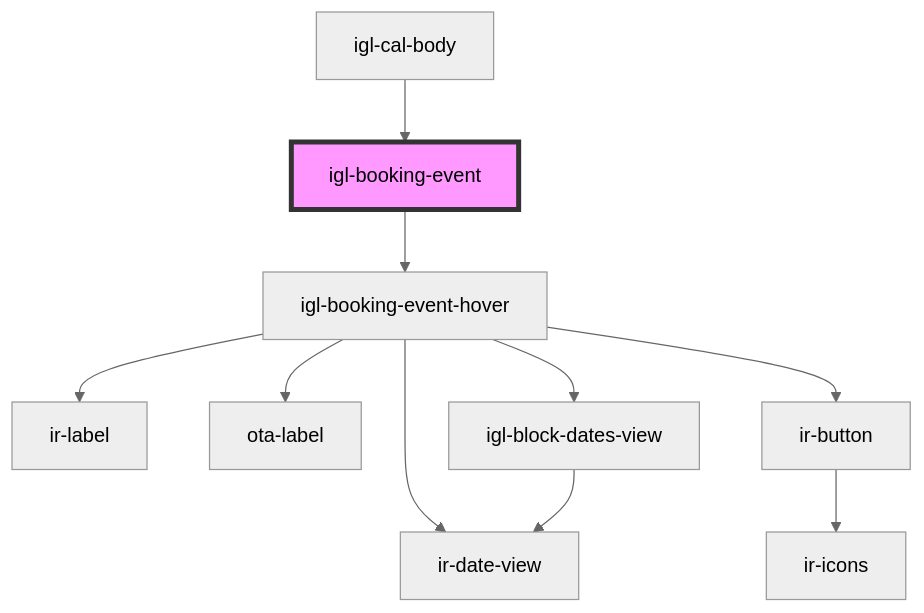
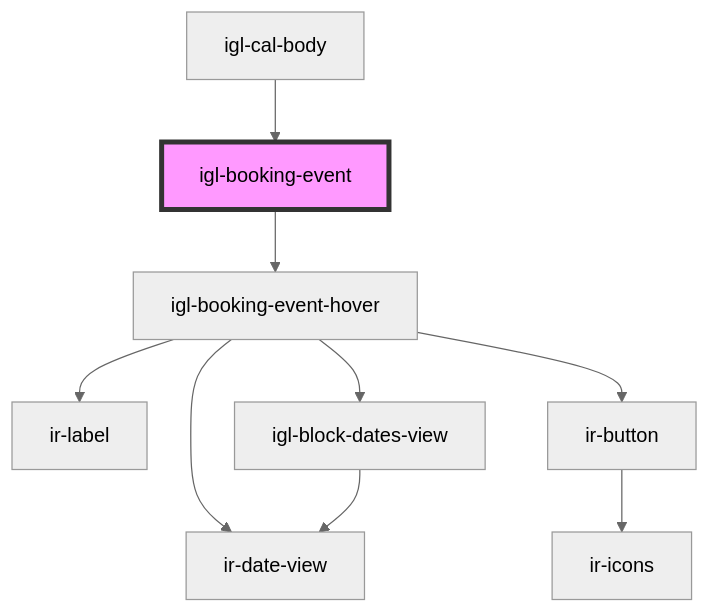
The diagram in src/components/igloo-calendar/igl-booking-event/readme.md (David1Chowaifaty/modified-ir-webcmp), drawn with Mermaid (neutral theme) before and after one commit. The commit also changed 46 other files, not shown here.

````diff
--- a/src/components/igloo-calendar/igl-booking-event/readme.md
+++ b/src/components/igloo-calendar/igl-booking-event/readme.md
@@ -45,13 +45,12 @@
 ```mermaid
 graph TD;
   igl-booking-event --> igl-booking-event-hover
   igl-booking-event-hover --> ir-date-view
   igl-booking-event-hover --> ir-label
-  igl-booking-event-hover --> ota-label
   igl-booking-event-hover --> ir-button
   igl-booking-event-hover --> igl-block-dates-view
   ir-button --> ir-icons
   igl-block-dates-view --> ir-date-view
   igl-cal-body --> igl-booking-event
   style igl-booking-event fill:#f9f,stroke:#333,stroke-width:4px
 ```
````
